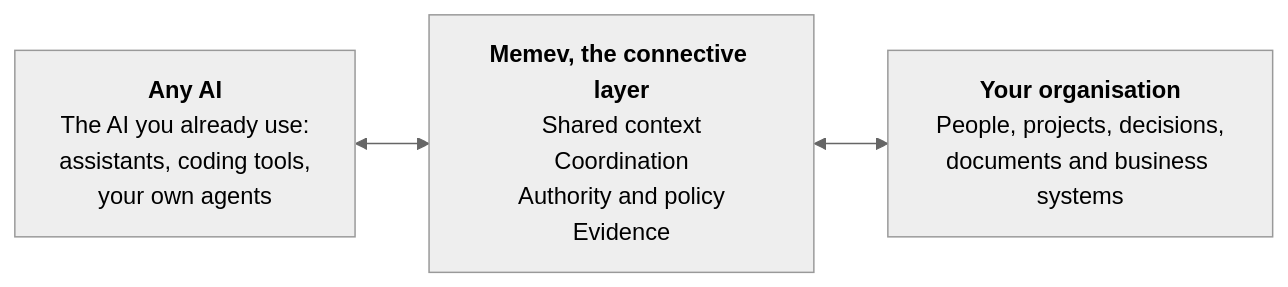
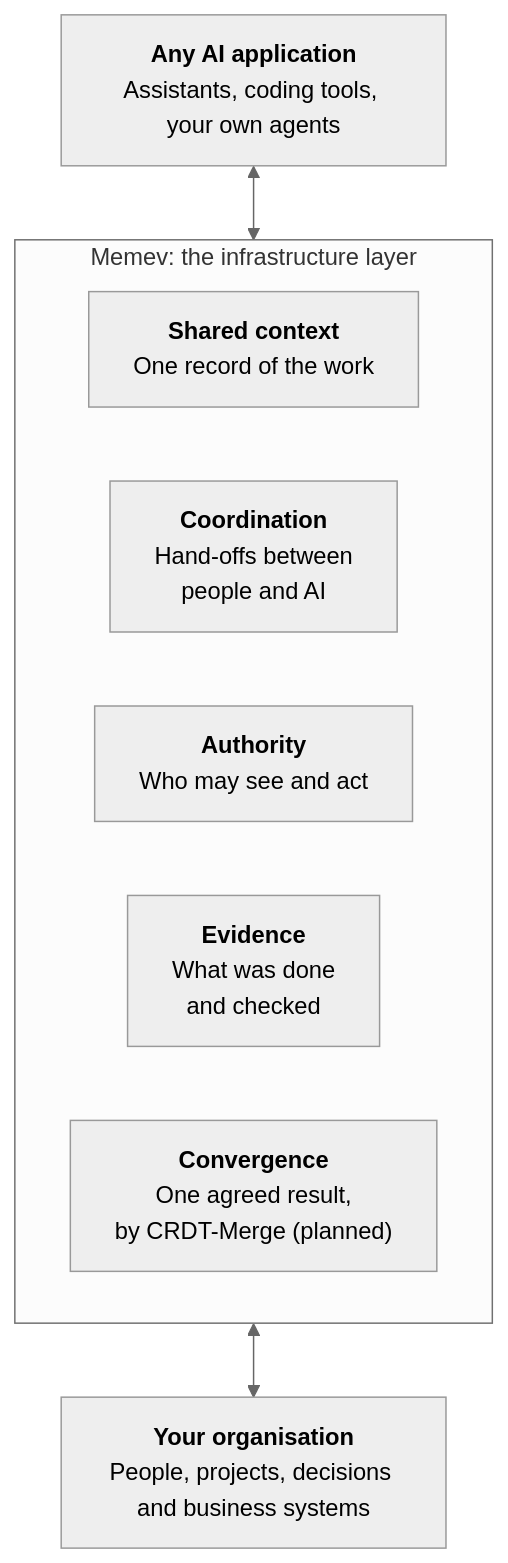
Before and after one commit to mgillr/memev: the third of 4 diagrams in docs/trust-architecture/README.md, drawn with Mermaid (neutral theme). The commit also changed other lines of this file and 12 other files, not shown here.

First line of the commit message:
docs: the overview shows Memev as an infrastructure layer, its value at each scale, and the technology underneath

````diff
--- a/docs/trust-architecture/README.md
+++ b/docs/trust-architecture/README.md
@@ -53,7 +54,15 @@
 ```mermaid
-flowchart LR
-    ai["<b>Any AI</b><br/>The AI you already use:<br/>assistants, coding tools,<br/>your own agents"]
-    memev["<b>Memev, the connective layer</b><br/>Shared context<br/>Coordination<br/>Authority and policy<br/>Evidence"]
-    org["<b>Your organisation</b><br/>People, projects, decisions,<br/>documents and business systems"]
-    ai <--> memev <--> org
+flowchart TB
+    ai["<b>Any AI application</b><br/>Assistants, coding tools, your own agents"]
+    subgraph memev["Memev: the infrastructure layer"]
+        direction LR
+        ctx["<b>Shared context</b><br/>One record of the work"]
+        coord["<b>Coordination</b><br/>Hand-offs between<br/>people and AI"]
+        auth["<b>Authority</b><br/>Who may see and act"]
+        ev["<b>Evidence</b><br/>What was done<br/>and checked"]
+        conv["<b>Convergence</b><br/>One agreed result,<br/>by CRDT-Merge (planned)"]
+    end
+    org["<b>Your organisation</b><br/>People, projects, decisions and business systems"]
+    ai <--> memev
+    memev <--> org
 ```
````
